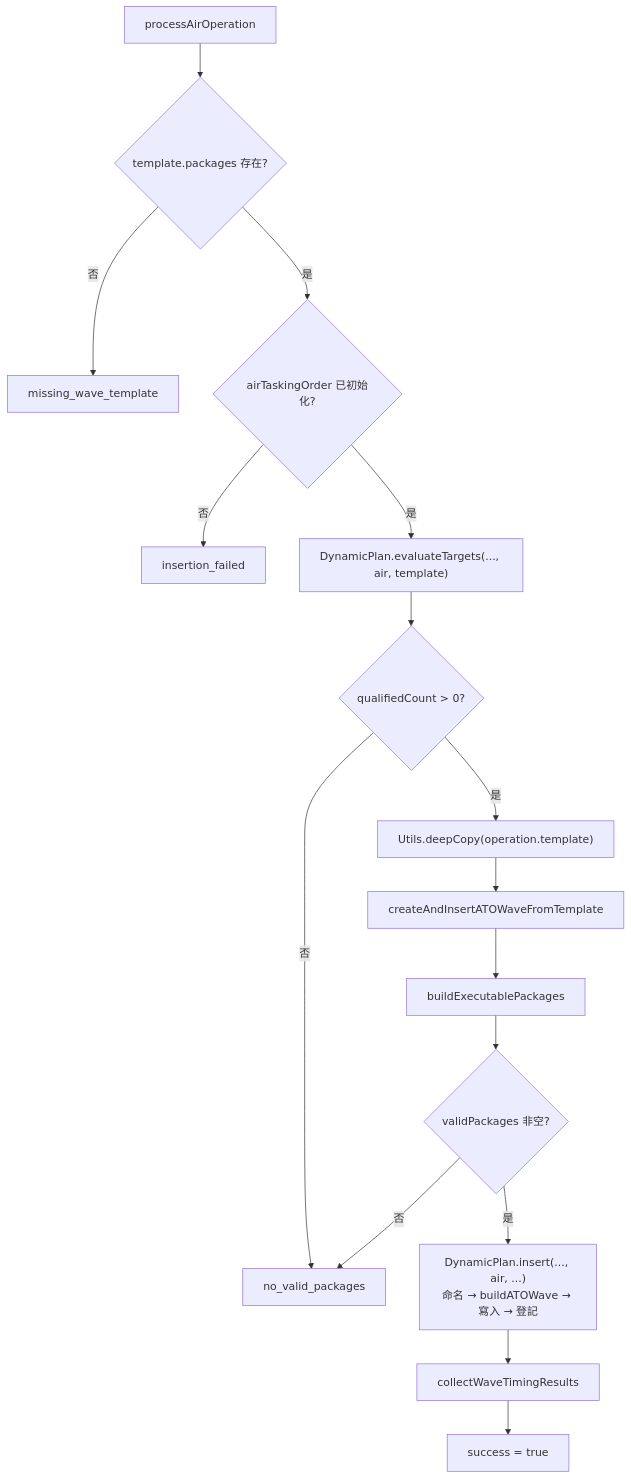
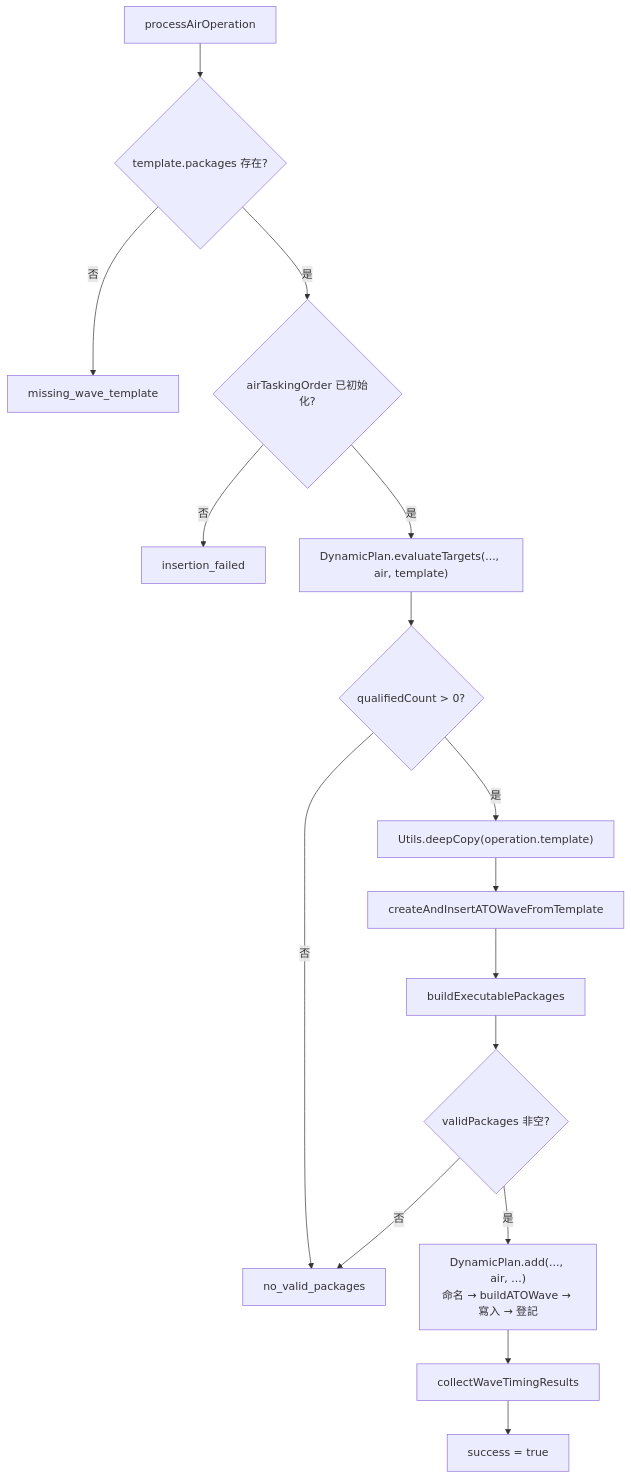
One commit to pullupjumper/formosa-in-flames changed the second of 2 diagrams in docs/strikePlanner/atoBuilder.md. Above: the diagram before and after it, drawn with Mermaid. The commit also changed other lines of this file and 37 other files, not shown here.

````diff
--- a/docs/strikePlanner/atoBuilder.md
+++ b/docs/strikePlanner/atoBuilder.md
@@ -46,28 +46,28 @@
 ```mermaid
 flowchart TD
     ENTRY["processAirOperation"]
     TEMPLATE{"template.packages 存在?"}
     ATO{"airTaskingOrder 已初始化?"}
     TARGETS["DynamicPlan.evaluateTargets(..., air, template)"]
     HAS_TARGETS{"qualifiedCount > 0?"}
     COPY["Utils.deepCopy(operation.template)"]
     CREATE["createAndInsertATOWaveFromTemplate"]
     BUILD["buildExecutablePackages"]
     HAS_PKG{"validPackages 非空?"}
-    INSERT["DynamicPlan.insert(..., air, ...)<br>命名 → buildATOWave → 寫入 → 登記"]
+    INSERT["DynamicPlan.add(..., air, ...)<br>命名 → buildATOWave → 寫入 → 登記"]
     TIMING["collectWaveTimingResults"]
     OK["success = true"]
     ERR["missing_wave_template"]
     FAIL["insertion_failed"]
     SKIP["no_valid_packages"]
 
     ENTRY --> TEMPLATE
     TEMPLATE -->|否| ERR
     TEMPLATE -->|是| ATO
     ATO -->|否| FAIL
     ATO -->|是| TARGETS --> HAS_TARGETS
     HAS_TARGETS -->|否| SKIP
     HAS_TARGETS -->|是| COPY --> CREATE --> BUILD --> HAS_PKG
     HAS_PKG -->|否| SKIP
     HAS_PKG -->|是| INSERT --> TIMING --> OK
 ```
````
